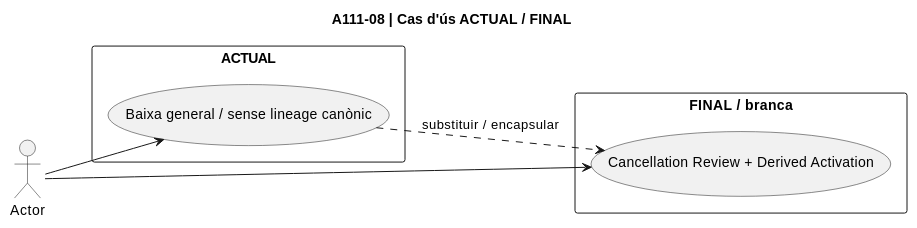
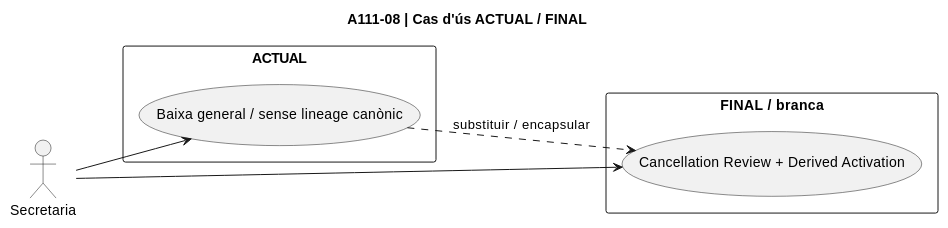
Before and after one commit to orgmeriemprismacat-del/verifactu: diagram 29 of 48 in documentacio/07-uml-integrat/uc-111-diagrames-per-accio.md, drawn with PlantUML. The commit also changed other lines of this file, not shown here.

Commit message:
fix docs UC-111: restore explicit actor declarations in all 12 per-action use-case diagrams

````diff
--- a/documentacio/07-uml-integrat/uc-111-diagrames-per-accio.md
+++ b/documentacio/07-uml-integrat/uc-111-diagrames-per-accio.md
@@ -554,15 +561,16 @@
 ```plantuml
 @startuml
 title A111-08 | Cas d'ús ACTUAL / FINAL
 left to right direction
+actor "Secretaria" as Actor
 rectangle "ACTUAL" {
   usecase "Baixa general / sense lineage canònic" as Current
 }
 rectangle "FINAL / branca" {
   usecase "Cancellation Review + Derived Activation" as Target
 }
 Actor --> Current
 Actor --> Target
 Current ..> Target : substituir / encapsular
 @enduml
 ```
````
